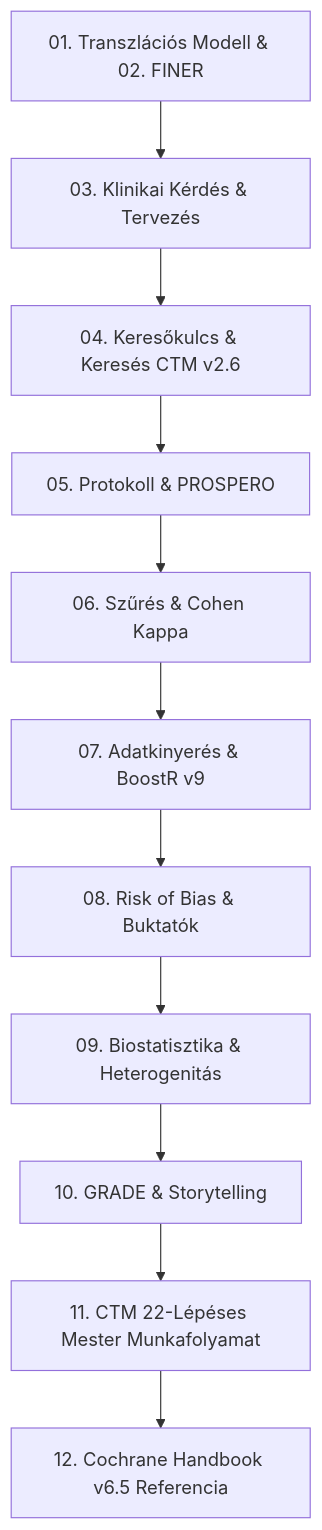
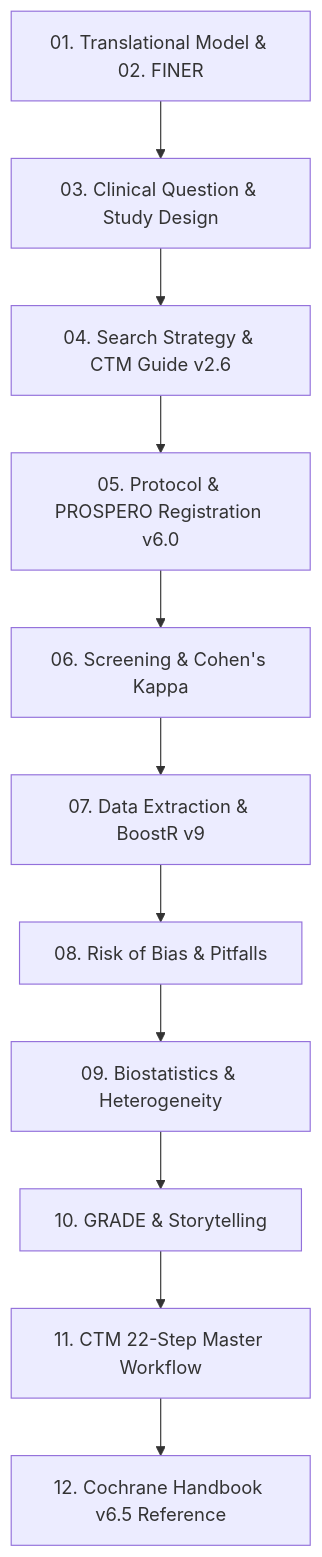
Before and after one commit to shubailo/gp3-research-pipeline: the diagram in data/wiki/methodology/INDEX.md, drawn with Mermaid. The commit also changed other lines of this file and 68 other files, not shown here.

````diff
--- a/data/wiki/methodology/INDEX.md
+++ b/data/wiki/methodology/INDEX.md
@@ -12,13 +12,13 @@
 ```mermaid
 graph TD
-    A[01. Transzlációs Modell & 02. FINER] --> B[03. Klinikai Kérdés & Tervezés]
-    B --> C[04. Keresőkulcs & Keresés CTM v2.6]
-    C --> D[05. Protokoll & PROSPERO]
-    D --> E[06. Szűrés & Cohen Kappa]
-    E --> F[07. Adatkinyerés & BoostR v9]
-    F --> G[08. Risk of Bias & Buktatók]
-    G --> H[09. Biostatisztika & Heterogenitás]
-    H --> I[10. GRADE & Storytelling]
-    I --> J[11. CTM 22-Lépéses Mester Munkafolyamat]
-    J --> K[12. Cochrane Handbook v6.5 Referencia]
+    A["01. Translational Model & 02. FINER"] --> B["03. Clinical Question & Study Design"]
+    B --> C["04. Search Strategy & CTM Guide v2.6"]
+    C --> D["05. Protocol & PROSPERO Registration v6.0"]
+    D --> E["06. Screening & Cohen's Kappa"]
+    E --> F["07. Data Extraction & BoostR v9"]
+    F --> G["08. Risk of Bias & Pitfalls"]
+    G --> H["09. Biostatistics & Heterogeneity"]
+    H --> I["10. GRADE & Storytelling"]
+    I --> J["11. CTM 22-Step Master Workflow"]
+    J --> K["12. Cochrane Handbook v6.5 Reference"]
 ```
````
